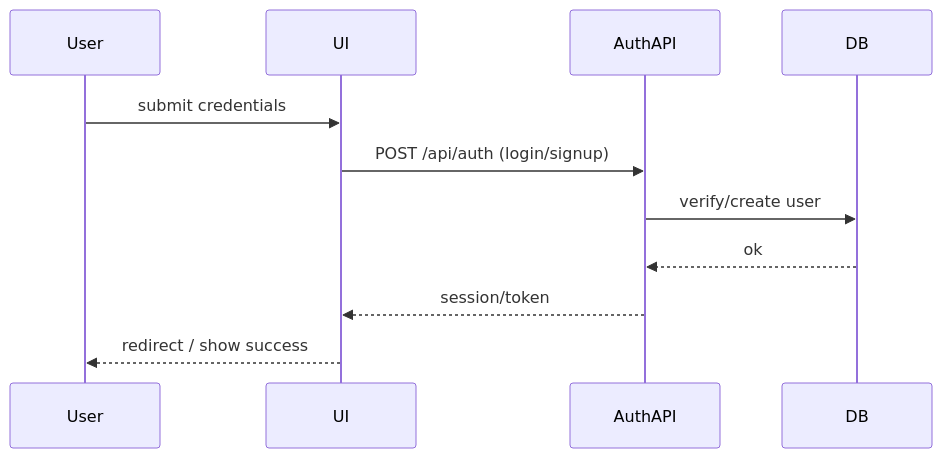
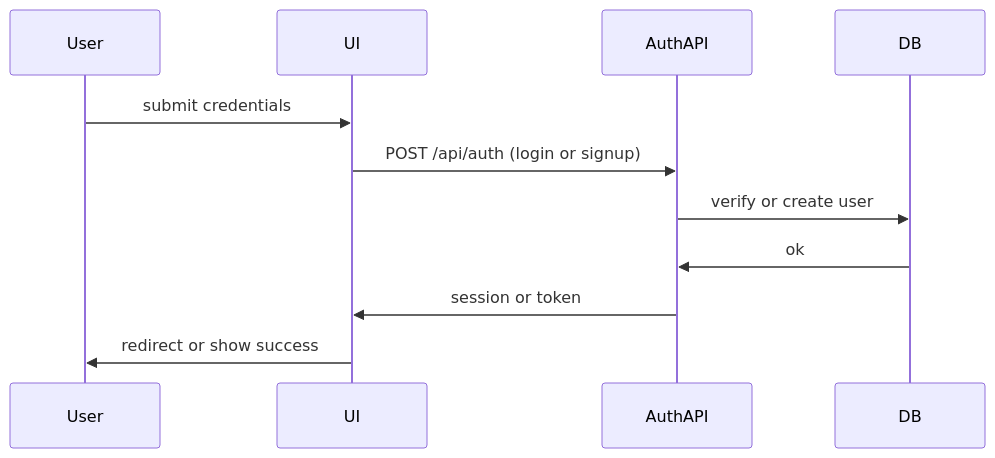
Before and after one commit to Resanso/barber-apps: the fifth of 5 diagrams in docs/diagrams/README.md, drawn with Mermaid. The commit also changed other lines of this file, not shown here.

````diff
--- a/docs/diagrams/README.md
+++ b/docs/diagrams/README.md
@@ -110,14 +112,14 @@
 ```mermaid
 sequenceDiagram
   participant User
   participant UI
   participant AuthAPI
   participant DB
 
   User->>UI: submit credentials
-  UI->>AuthAPI: POST /api/auth (login/signup)
-  AuthAPI->>DB: verify/create user
-  DB-->>AuthAPI: ok
-  AuthAPI-->>UI: session/token
-  UI-->>User: redirect / show success
+  UI->>AuthAPI: POST /api/auth (login or signup)
+  AuthAPI->>DB: verify or create user
+  DB->>AuthAPI: ok
+  AuthAPI->>UI: session or token
+  UI->>User: redirect or show success
 ```
````
